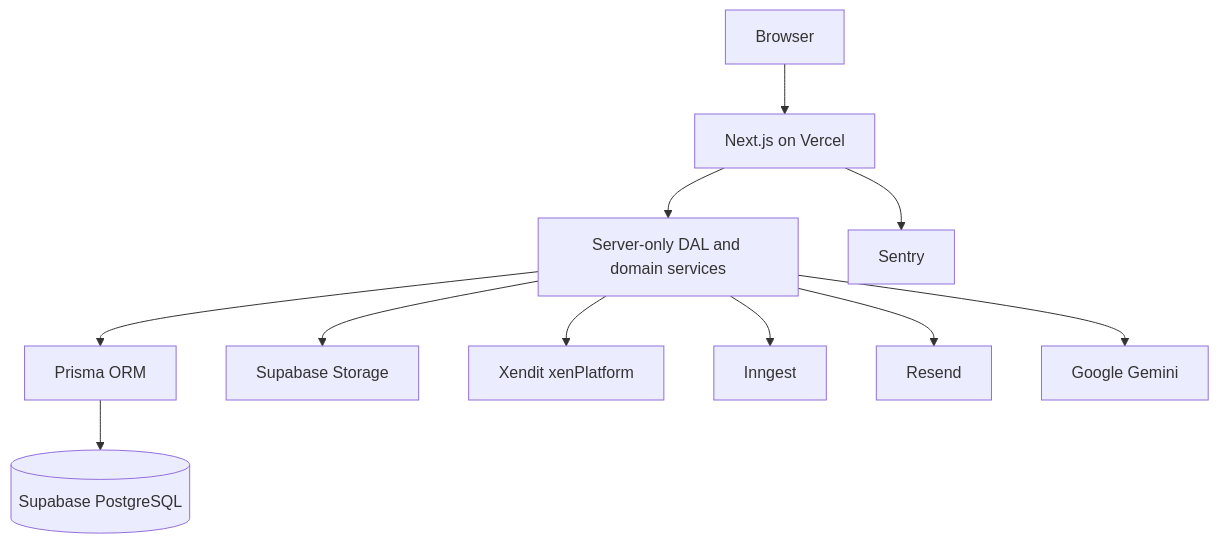
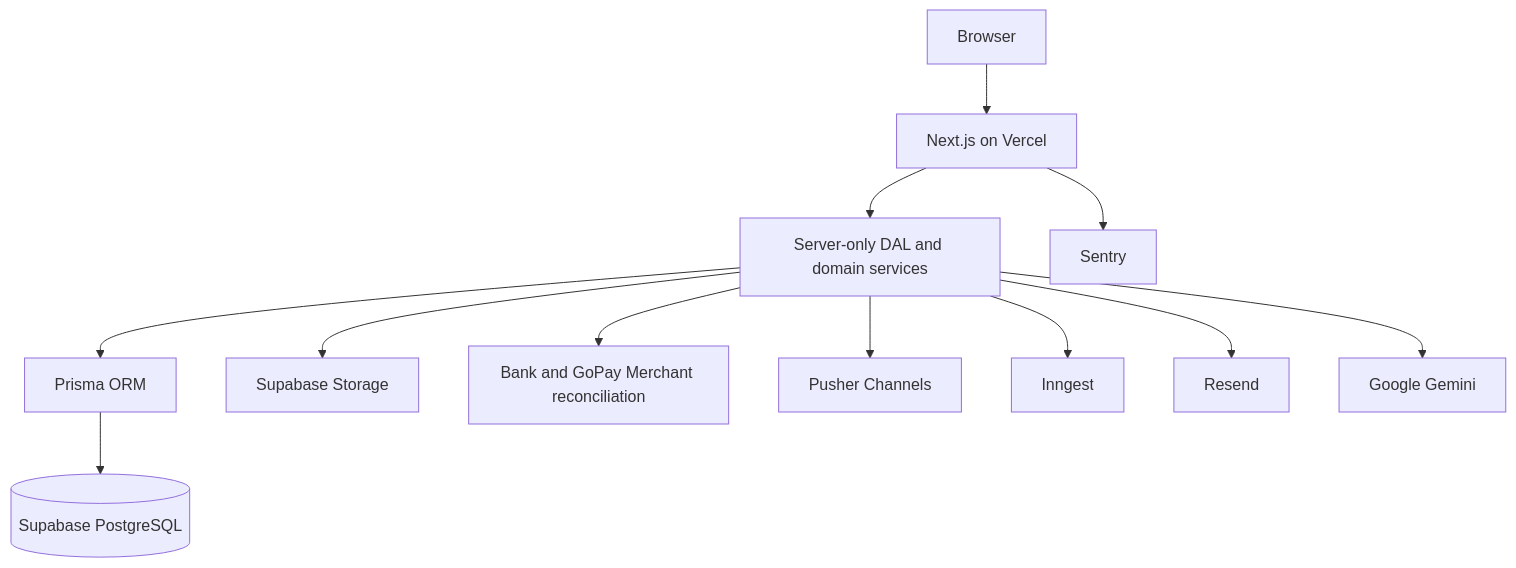
Before and after one commit to jajakiman/CocokIn: the first of 2 diagrams in docs/TECHNICAL_ARCHITECTURE.md, drawn with Mermaid. The commit also changed other lines of this file and 106 other files, not shown here.

````diff
--- a/docs/TECHNICAL_ARCHITECTURE.md
+++ b/docs/TECHNICAL_ARCHITECTURE.md
@@ -11,13 +11,14 @@
 ```mermaid
 flowchart TB
     B[Browser] --> N[Next.js on Vercel]
     N --> DAL[Server-only DAL and domain services]
     DAL --> P[Prisma ORM]
     P --> DB[(Supabase PostgreSQL)]
     DAL --> ST[Supabase Storage]
-    DAL --> XE[Xendit xenPlatform]
+    DAL --> TR[Bank and GoPay Merchant reconciliation]
+    DAL --> PU[Pusher Channels]
     DAL --> IN[Inngest]
     DAL --> RE[Resend]
     DAL --> GM[Google Gemini]
     N --> SE[Sentry]
 ```
````
